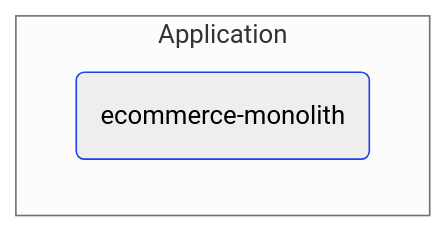
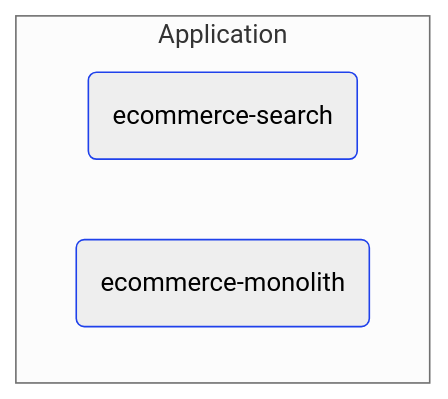
The diagram in Docs/P3/MermaidOutput/Technology/DeployableUnits/DeployableUnits.md (itlibrium/DDD-starter-dotnet), drawn with Mermaid (neutral theme) before and after one commit. The commit also changed other lines of this file and 10 other files, not shown here.

````diff
--- a/Docs/P3/MermaidOutput/Technology/DeployableUnits/DeployableUnits.md
+++ b/Docs/P3/MermaidOutput/Technology/DeployableUnits/DeployableUnits.md
@@ -12,10 +12,12 @@
 ```mermaid
   flowchart TB
     subgraph 0["Application"]
-      1(ecommerce-monolith)
+      1(ecommerce-search)
       class 1 TechnologyPerspective
+      2(ecommerce-monolith)
+      class 2 TechnologyPerspective
     end
     classDef DomainPerspective stroke:#009900
     classDef TechnologyPerspective stroke:#1F41EB
     classDef PeoplePerspective stroke:#FFF014
 ```
````
